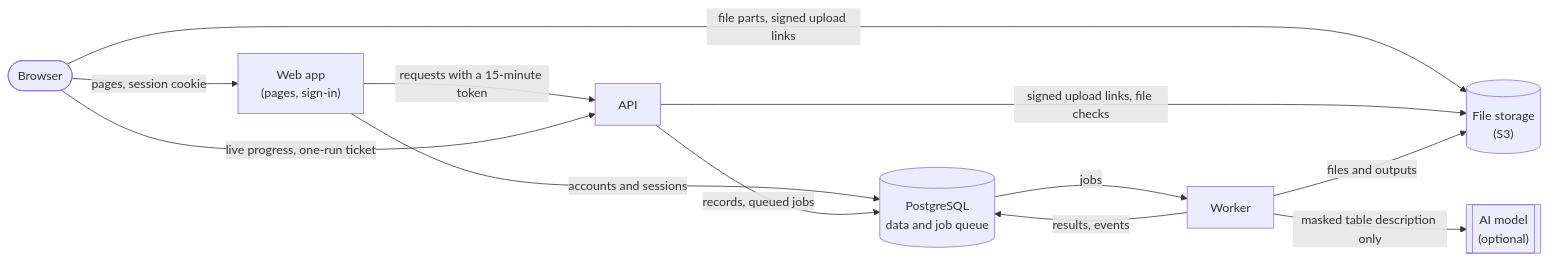
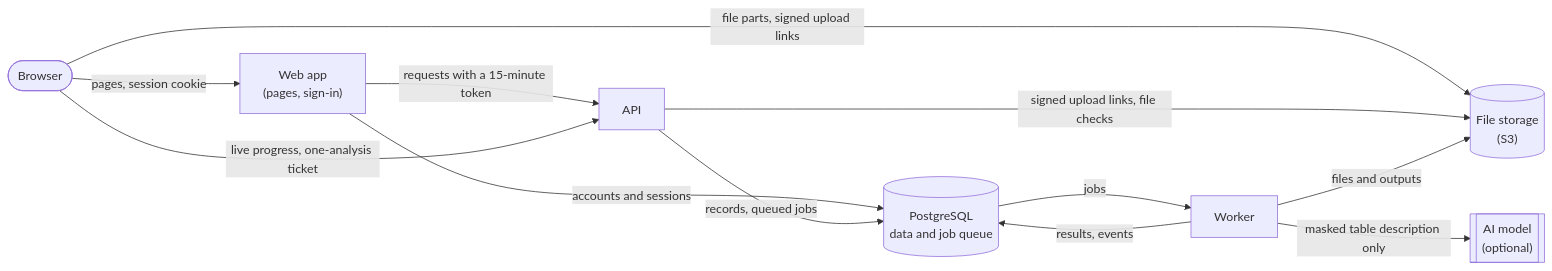
The diagram in README.md (rupeshghimire7/InsightfullCell), drawn with Mermaid before and after one commit. The commit also changed other lines of this file and 134 other files, not shown here.

````diff
--- a/README.md
+++ b/README.md
@@ -90,22 +81,22 @@
 ```mermaid
 flowchart LR
     browser([Browser])
     web["Web app<br/>(pages, sign-in)"]
     api["API"]
     worker["Worker"]
     pg[("PostgreSQL<br/>data and job queue")]
     s3[("File storage<br/>(S3)")]
     ai[["AI model<br/>(optional)"]]
 
     browser -- "pages, session cookie" --> web
     web -- "requests with a 15-minute token" --> api
     web -- "accounts and sessions" --> pg
     browser -- "file parts, signed upload links" --> s3
-    browser -- "live progress, one-run ticket" --> api
+    browser -- "live progress, one-analysis ticket" --> api
     api -- "records, queued jobs" --> pg
     pg -- "jobs" --> worker
     worker -- "results, events" --> pg
     api -- "signed upload links, file checks" --> s3
     worker -- "files and outputs" --> s3
     worker -- "masked table description only" --> ai
 ```
````
